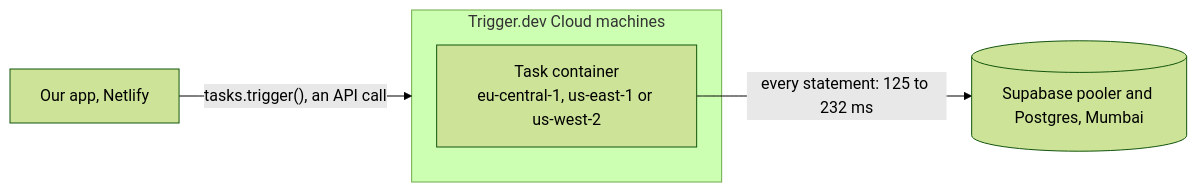
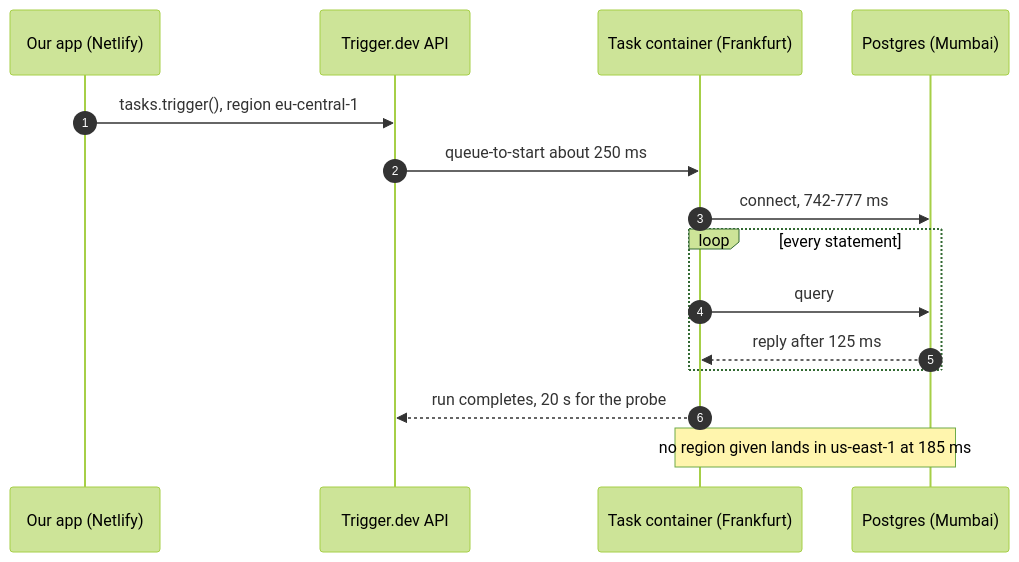
One commit to Practitionist/familiarise_web changed the sixth of 12 diagrams in docs/maintenance/14-background-job-runtime-options.md. Above: the diagram before and after it, drawn with Mermaid (forest theme). The commit also changed other lines of this file, not shown here.

Commit message:
docs(maintenance): rewrite the job-runtime options page as one comparison with diagrams and sources

````diff
--- a/docs/maintenance/14-background-job-runtime-options.md
+++ b/docs/maintenance/14-background-job-runtime-options.md
@@ -78,9 +245,17 @@
 ```mermaid
-flowchart LR
-  subgraph TD["Trigger.dev Cloud machines"]
-    TASK["Task container<br/>eu-central-1, us-east-1 or us-west-2"]
+sequenceDiagram
+  autonumber
+  participant APP as Our app (Netlify)
+  participant TD as Trigger.dev API
+  participant TK as Task container (Frankfurt)
+  participant PG as Postgres (Mumbai)
+  APP->>TD: tasks.trigger(), region eu-central-1
+  TD->>TK: queue-to-start about 250 ms
+  TK->>PG: connect, 742-777 ms
+  loop every statement
+    TK->>PG: query
+    PG-->>TK: reply after 125 ms
   end
-  DB[("Supabase pooler and Postgres, Mumbai")]
-  APP["Our app, Netlify"] -->|"tasks.trigger(), an API call"| TD
-  TASK -->|"every statement: 125 to 232 ms"| DB
+  TK-->>TD: run completes, 20 s for the probe
+  Note over TK,PG: no region given lands in us-east-1 at 185 ms
 ```
````
